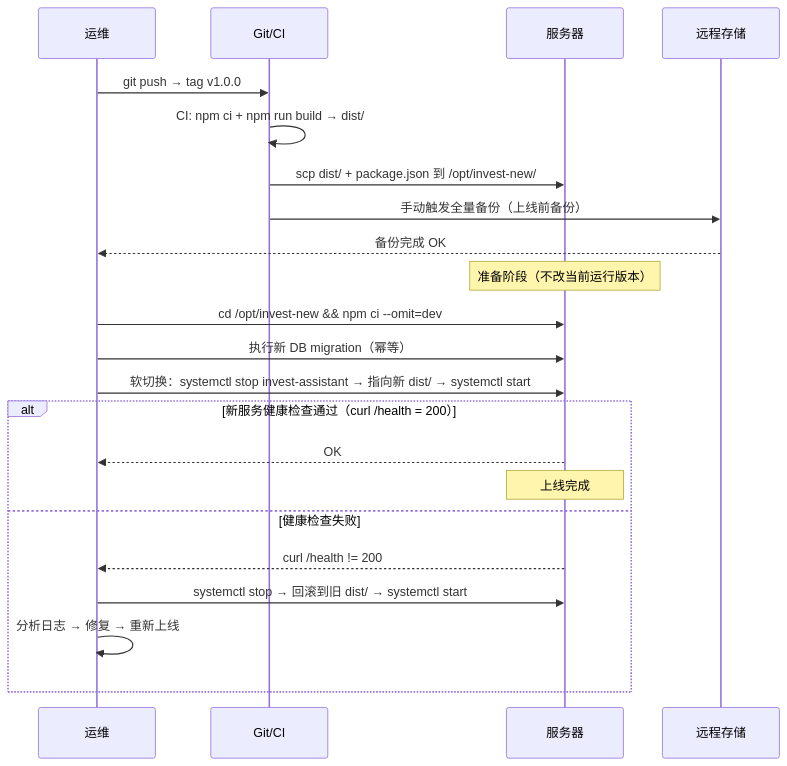
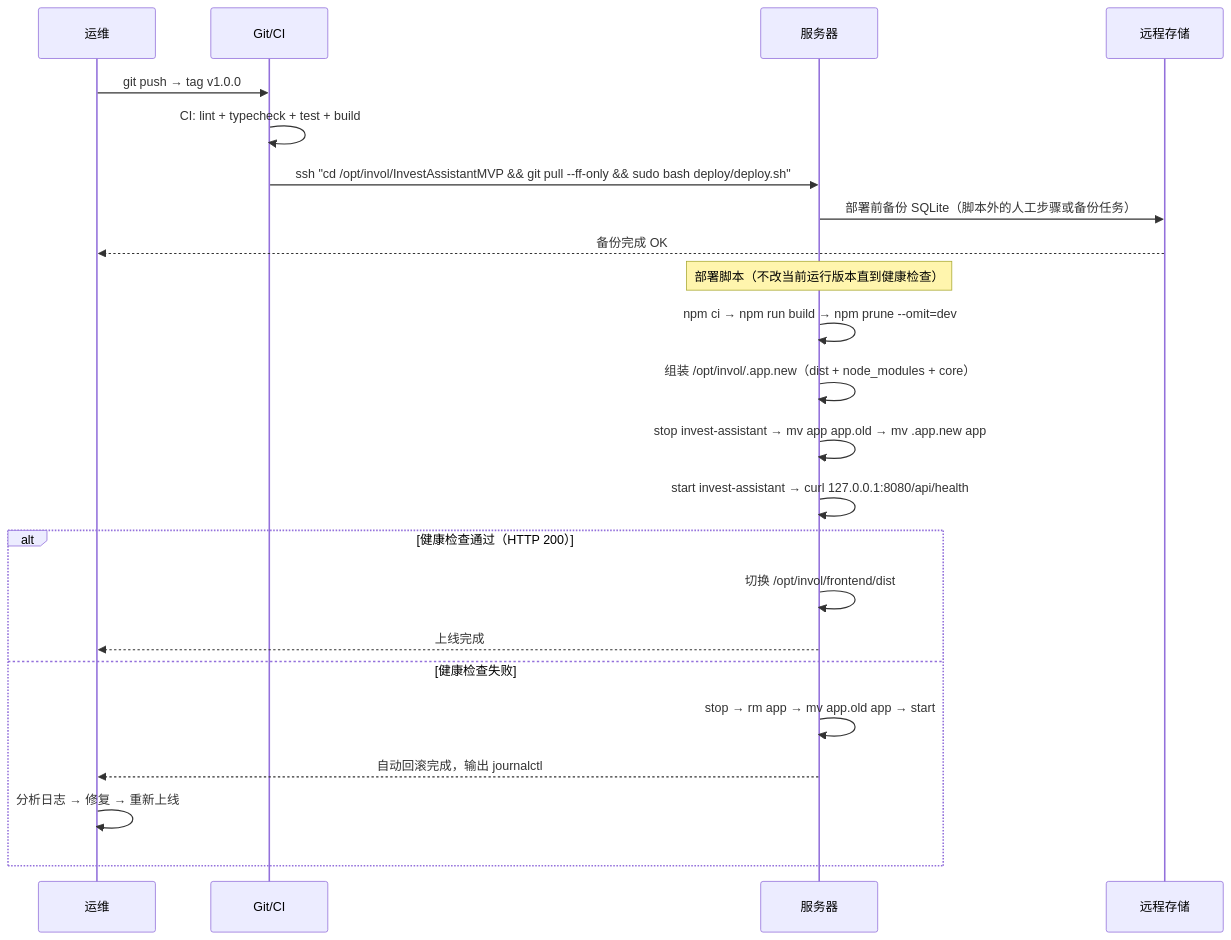
Diagram 14 of 15 in docs/client/SDD.md (skytreat/InvestAssistantMVP), drawn with Mermaid before and after one commit. The commit also changed other lines of this file and 8 other files, not shown here.

````diff
--- a/docs/client/SDD.md
+++ b/docs/client/SDD.md
@@ -2613,27 +2623,28 @@
 ```mermaid
 sequenceDiagram
     participant Admin as 运维
     participant Git as Git/CI
     participant VM as 服务器
     participant Backup as 远程存储
 
     Admin->>Git: git push → tag v1.0.0
-    Git->>Git: CI: npm ci + npm run build → dist/
-    Git->>VM: scp dist/ + package.json 到 /opt/invest-new/
-    Git->>Backup: 手动触发全量备份（上线前备份）
+    Git->>Git: CI: lint + typecheck + test + build
+    Git->>VM: ssh "cd /opt/invol/InvestAssistantMVP && git pull --ff-only && sudo bash deploy/deploy.sh"
+    VM->>Backup: 部署前备份 SQLite（脚本外的人工步骤或备份任务）
     Backup-->>Admin: 备份完成 OK
 
-    Note over VM: 准备阶段（不改当前运行版本）
-    Admin->>VM: cd /opt/invest-new && npm ci --omit=dev
-    Admin->>VM: 执行新 DB migration（幂等）
-    Admin->>VM: 软切换：systemctl stop invest-assistant → 指向新 dist/ → systemctl start
+    Note over VM: 部署脚本（不改当前运行版本直到健康检查）
+    VM->>VM: npm ci → npm run build → npm prune --omit=dev
+    VM->>VM: 组装 /opt/invol/.app.new（dist + node_modules + core）
+    VM->>VM: stop invest-assistant → mv app app.old → mv .app.new app
+    VM->>VM: start invest-assistant → curl 127.0.0.1:8080/api/health
 
-    alt 新服务健康检查通过（curl /health = 200）
-        VM-->>Admin: OK
-        Note over VM: 上线完成
+    alt 健康检查通过（HTTP 200）
+        VM->>VM: 切换 /opt/invol/frontend/dist
+        VM-->>Admin: 上线完成
     else 健康检查失败
-        VM-->>Admin: curl /health != 200
-        Admin->>VM: systemctl stop → 回滚到旧 dist/ → systemctl start
+        VM->>VM: stop → rm app → mv app.old app → start
+        VM-->>Admin: 自动回滚完成，输出 journalctl
         Admin->>Admin: 分析日志 → 修复 → 重新上线
     end
 ```
````
